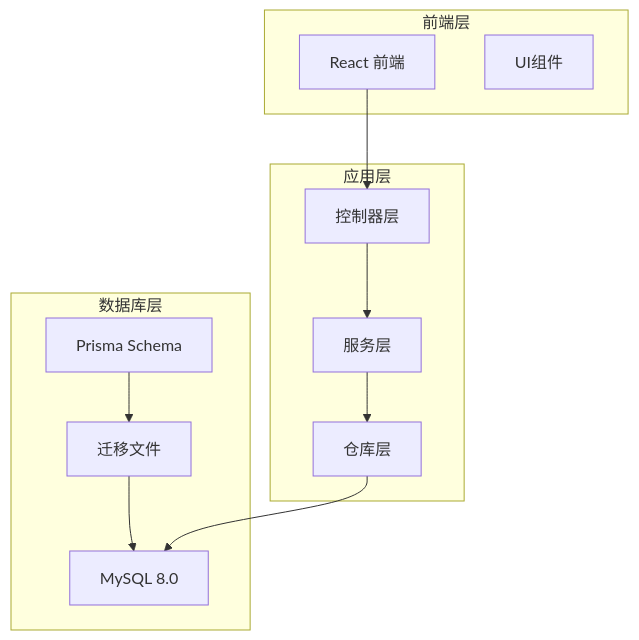
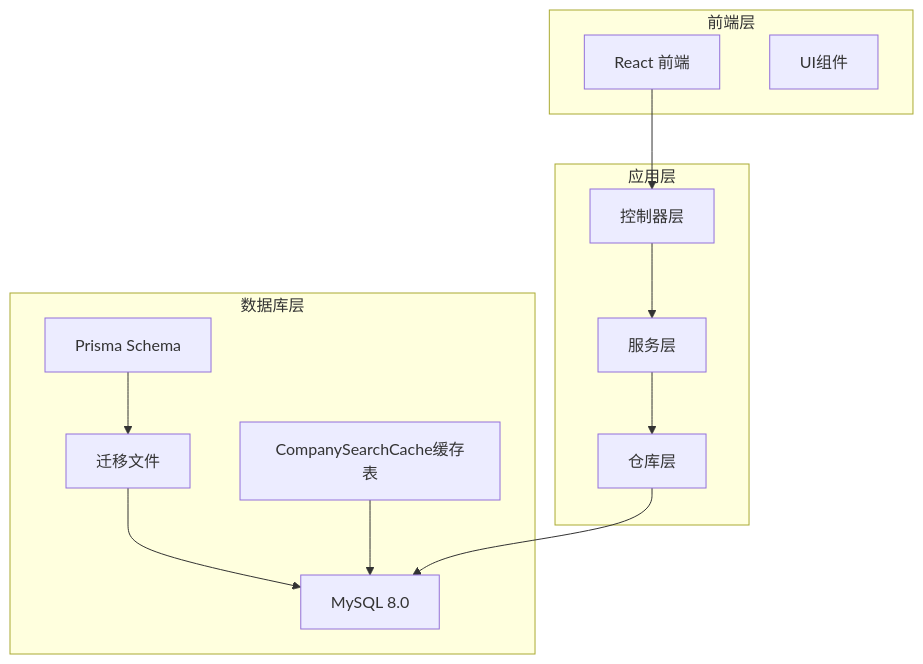
One commit to xianjianshenqu/SalesFlow-CRM changed the first of 34 diagrams in .qoder/repowiki/zh/content/Database Schema.md. Above: the diagram before and after it, drawn with Mermaid. The commit also changed other lines of this file and 7 other files, not shown here.

````diff
--- a/.qoder/repowiki/zh/content/Database Schema.md
+++ b/.qoder/repowiki/zh/content/Database Schema.md
@@ -74,23 +79,25 @@
 ```mermaid
 graph TB
 subgraph "数据库层"
 PRISMA[Prisma Schema]
 MIGRATIONS[迁移文件]
 MYSQL[MySQL 8.0]
+COMPANY_SEARCH_CACHE[CompanySearchCache缓存表]
 end
 subgraph "应用层"
 CONTROLLERS[控制器层]
 SERVICES[服务层]
 REPOSITORIES[仓库层]
 end
 subgraph "前端层"
 FRONTEND[React 前端]
 COMPONENTS[UI组件]
 end
 PRISMA --> MIGRATIONS
 MIGRATIONS --> MYSQL
+COMPANY_SEARCH_CACHE --> MYSQL
 CONTROLLERS --> SERVICES
 SERVICES --> REPOSITORIES
 REPOSITORIES --> MYSQL
 FRONTEND --> CONTROLLERS
 ```
````
